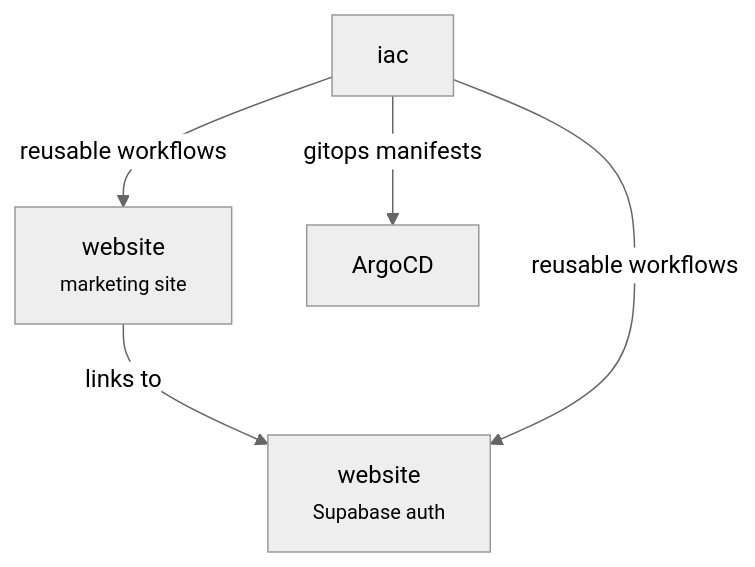
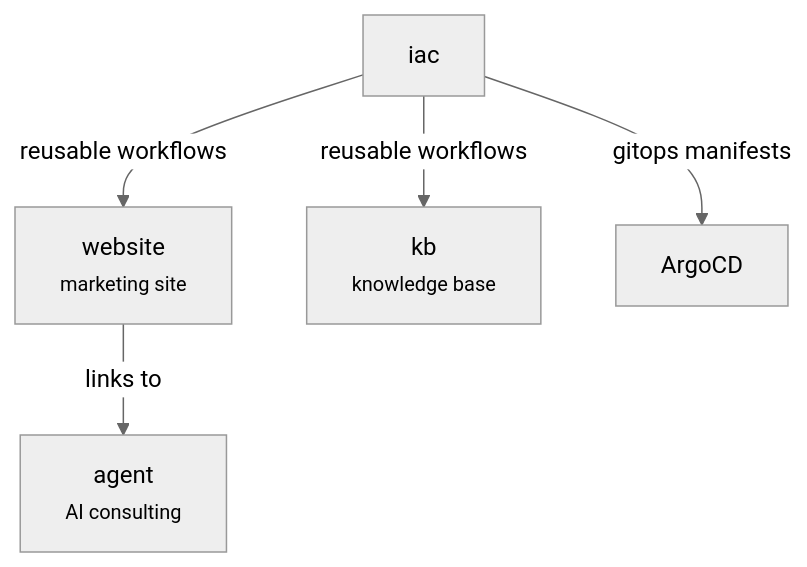
One commit to im-u-com/.github changed the first of 5 diagrams in CLAUDE.md. Above: the diagram before and after it, drawn with Mermaid (neutral theme). The commit also changed other lines of this file and 8 other files, not shown here.

````diff
--- a/CLAUDE.md
+++ b/CLAUDE.md
@@ -27,7 +29,7 @@
 ```mermaid
 graph TD
-    website["website<br/><small>marketing site</small>"] -->|links to| webapp["website<br/><small>Supabase auth</small>"]
-    iac -->|reusable workflows| webapp
+    website["website<br/><small>marketing site</small>"] -->|links to| agent["agent<br/><small>AI consulting</small>"]
     iac -->|reusable workflows| website
+    iac -->|reusable workflows| kb["kb<br/><small>knowledge base</small>"]
     iac -->|gitops manifests| argocd["ArgoCD"]
 ```
````
